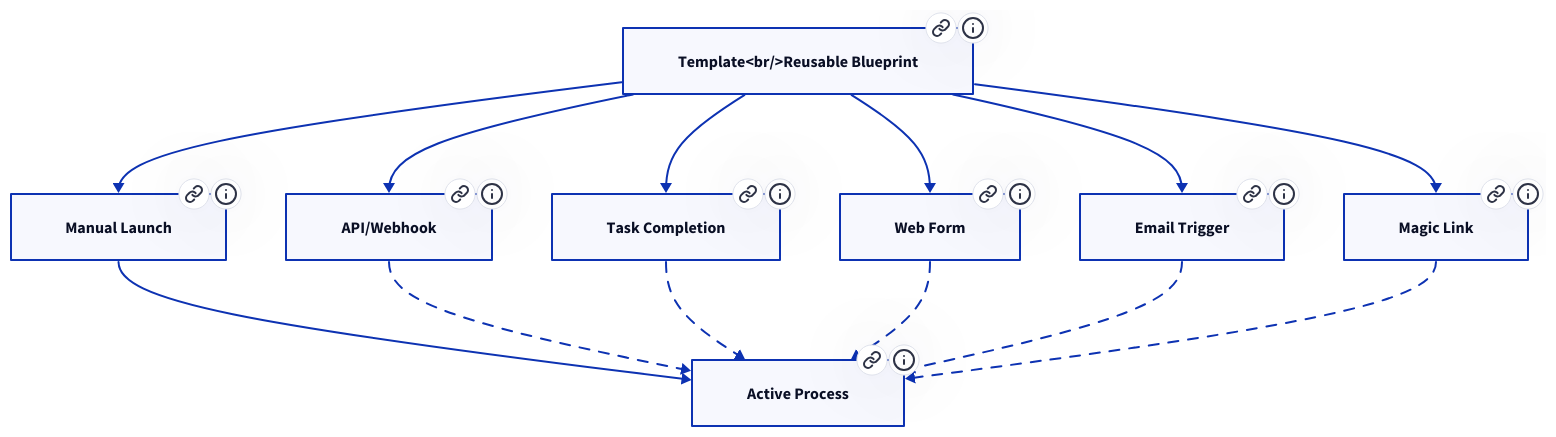
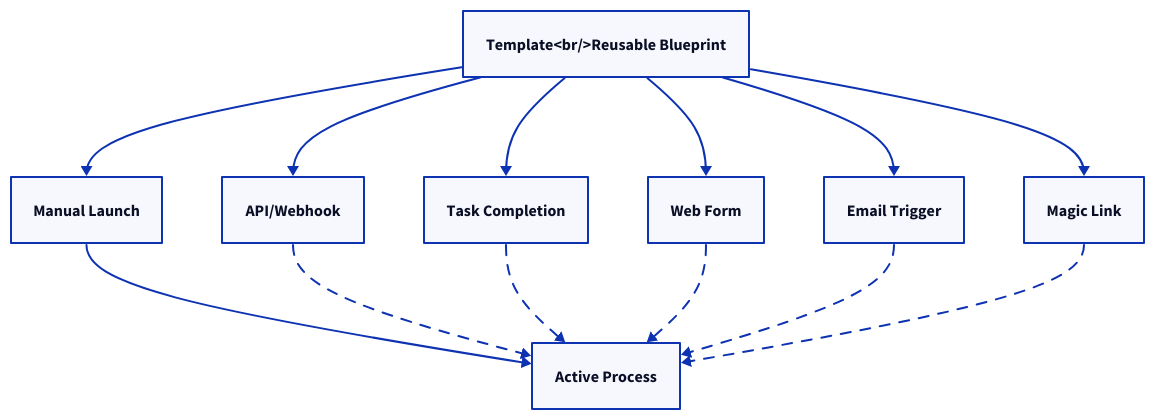
One commit to tallyfy/documentation changed the diagram in src/content/docs/pro/launching/index.mdx. Above: the diagram before and after it, drawn with D2. The commit also changed 35 other files, not shown here.

First line of the commit message:
Remove .link and .tooltip properties from D2 diagrams

````diff
--- a/src/content/docs/pro/launching/index.mdx
+++ b/src/content/docs/pro/launching/index.mdx
@@ -57,38 +57,22 @@
 ```d2
 Template: "Template<br/>Reusable Blueprint"
 Manual: "Manual Launch"
 Process: "Active Process"
 Manual -> Process
 API: "API/Webhook"
 API -> Process {style.stroke-dash: 5}
 Task: "Task Completion"
 Task -> Process {style.stroke-dash: 5}
 Form: "Web Form"
 Form -> Process {style.stroke-dash: 5}
 Email: "Email Trigger"
 Email -> Process {style.stroke-dash: 5}
 Magic: "Magic Link"
 Magic -> Process {style.stroke-dash: 5}
 Template -> Manual
 Template -> API
 Template -> Task
 Template -> Form
 Template -> Email
 Template -> Magic
-Manual.link: "/products/pro/launching/how-can-i-launch-a-process-in-tallyfy/"
-Manual.tooltip: "Manual launching guide"
-Template.link: "/products/pro/documenting/templates/"
-Template.tooltip: "Templates overview"
-Process.link: "/products/pro/tracking-and-tasks/processes/"
-Process.tooltip: "Processes overview"
-API.link: "/products/pro/integrations/open-api/"
-API.tooltip: "API documentation"
-Form.link: "/products/pro/launching/how-to-launch-a-tallyfy-process-from-a-webform/"
-Form.tooltip: "Web form launching"
-Email.link: "/products/pro/launching/triggers/via-email/"
-Email.tooltip: "Email triggers"
-Magic.link: "/products/pro/launching/triggers/magic-links/"
-Magic.tooltip: "Magic links"
-Task.link: "/products/pro/launching/launch-process-when-task-is-completed/"
-Task.tooltip: "Task completion triggers"
 ```
````
